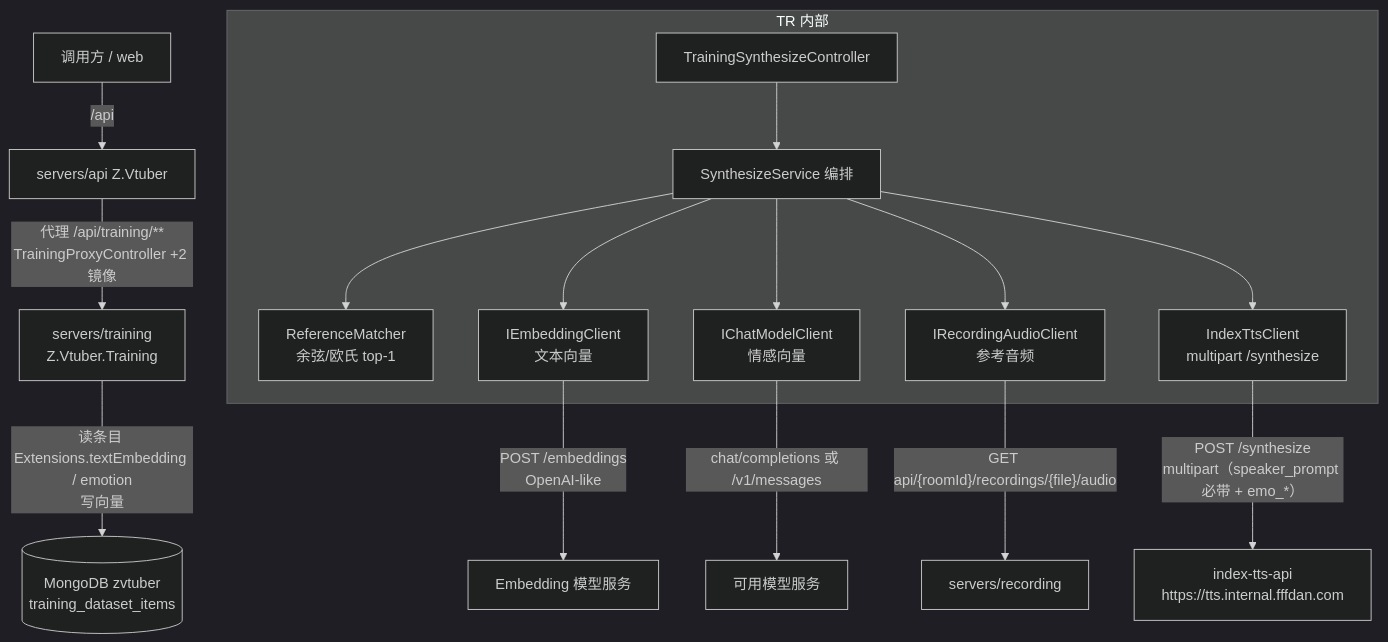
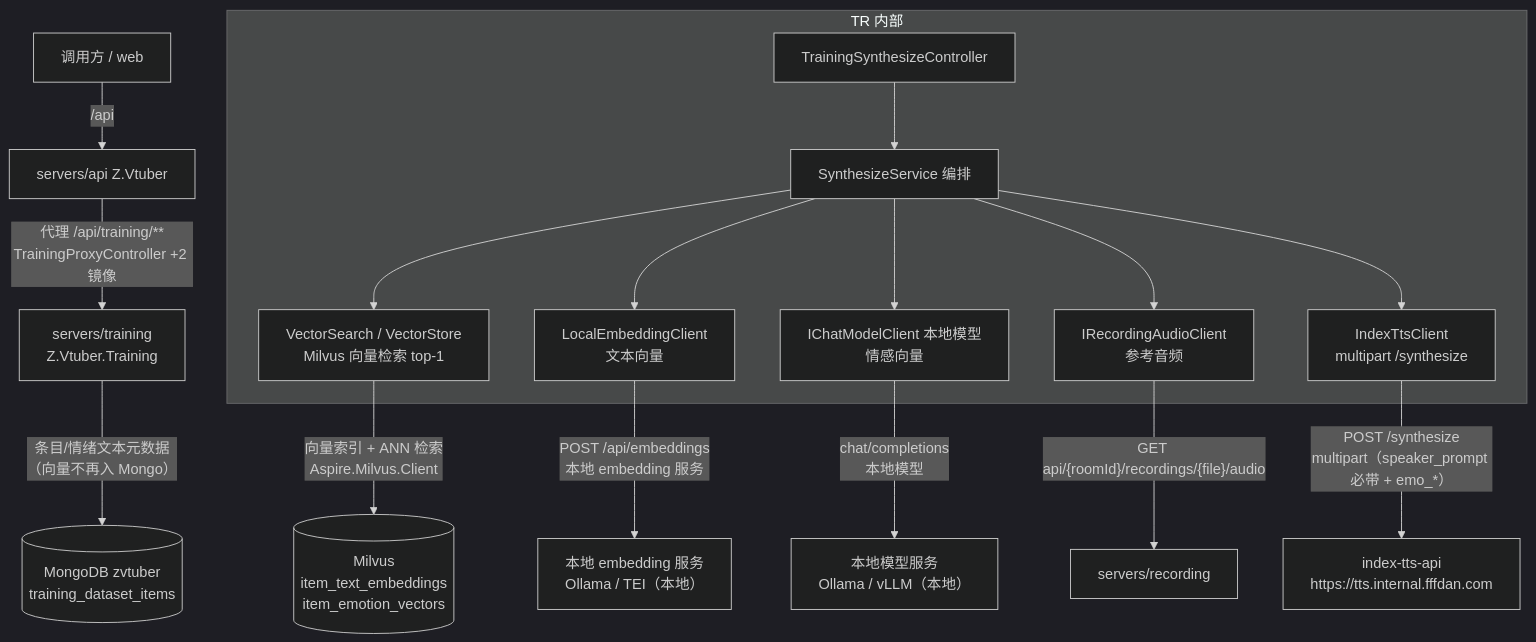
Before and after one commit to Deliay/z-vtuber: the first of 3 diagrams in docs/engineering/proposals/20260929-proposal-training-audio-synthesize.md, drawn with Mermaid (dark theme). The commit also changed other lines of this file and 1 other file, not shown here.

First line of the commit message:
docs(training): 音频生成改用 Milvus + 本地向量服务（返工修订）

````diff
--- a/docs/engineering/proposals/20260929-proposal-training-audio-synthesize.md
+++ b/docs/engineering/proposals/20260929-proposal-training-audio-synthesize.md
@@ -60,18 +61,19 @@
 ```mermaid
 graph TD
     Caller[调用方 / web] -->|/api| API[servers/api Z.Vtuber]
     API -->|"代理 /api/training/**<br/>TrainingProxyController +2 镜像"| TR[servers/training<br/>Z.Vtuber.Training]
     subgraph TR 内部
       SC[TrainingSynthesizeController] --> SS[SynthesizeService 编排]
-      SS --> RM[ReferenceMatcher<br/>余弦/欧氏 top-1]
-      SS --> EB[IEmbeddingClient<br/>文本向量]
-      SS --> CH[IChatModelClient<br/>情感向量]
+      SS --> VE[VectorSearch / VectorStore<br/>Milvus 向量检索 top-1]
+      SS --> EB[LocalEmbeddingClient<br/>文本向量]
+      SS --> CH[IChatModelClient 本地模型<br/>情感向量]
       SS --> RA[IRecordingAudioClient<br/>参考音频]
       SS --> TT[IndexTtsClient<br/>multipart /synthesize]
     end
-    EB -->|"POST /embeddings<br/>OpenAI-like"| EMB[Embedding 模型服务]
-    CH -->|"chat/completions 或 /v1/messages"| LLM[可用模型服务]
+    EB -->|"POST /api/embeddings<br/>本地 embedding 服务"| LEMB["本地 embedding 服务<br/>Ollama / TEI（本地）"]
+    CH -->|"chat/completions<br/>本地模型"| LLM["本地模型服务<br/>Ollama / vLLM（本地）"]
+    VE -->|"向量索引 + ANN 检索<br/>Aspire.Milvus.Client"| MIL[(Milvus<br/>item_text_embeddings<br/>item_emotion_vectors)]
     RA -->|"GET api/{roomId}/recordings/{file}/audio"| REC[servers/recording]
     TT -->|"POST /synthesize<br/>multipart（speaker_prompt 必带 + emo_*）"| TTS["index-tts-api<br/>https://tts.internal.fffdan.com"]
-    TR -->|"读条目 Extensions.textEmbedding / emotion<br/>写向量"| M[(MongoDB zvtuber<br/>training_dataset_items)]
+    TR -->|"条目/情绪文本元数据<br/>（向量不再入 Mongo）"| M[(MongoDB zvtuber<br/>training_dataset_items)]
 ```
````
